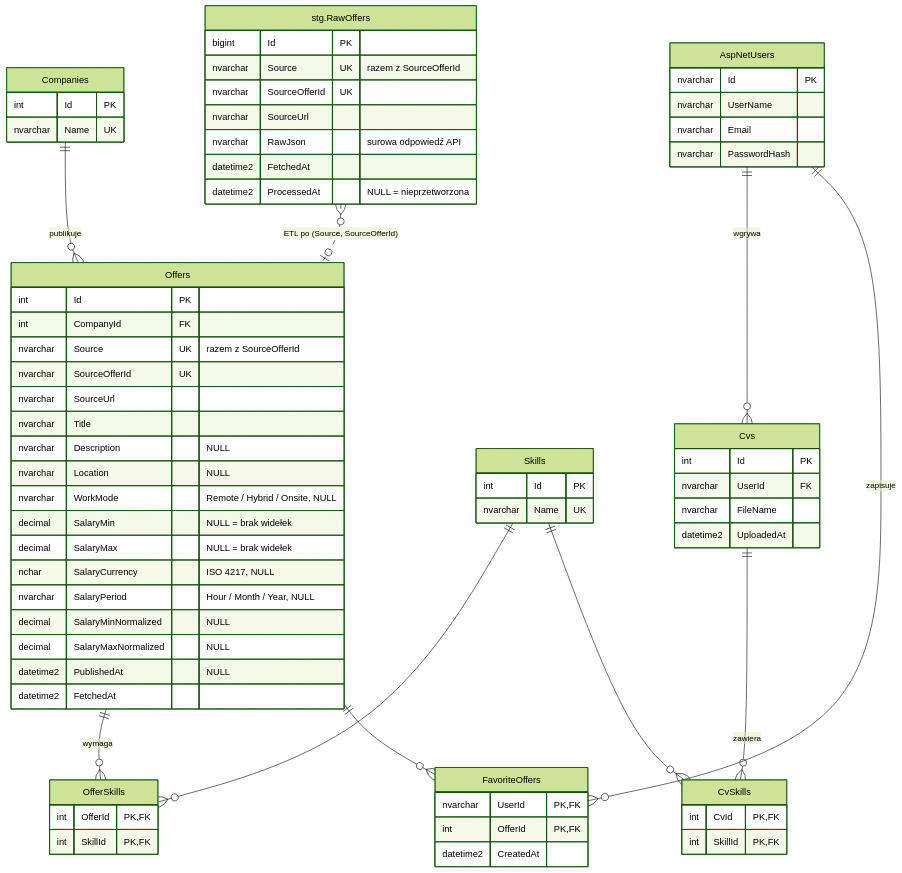
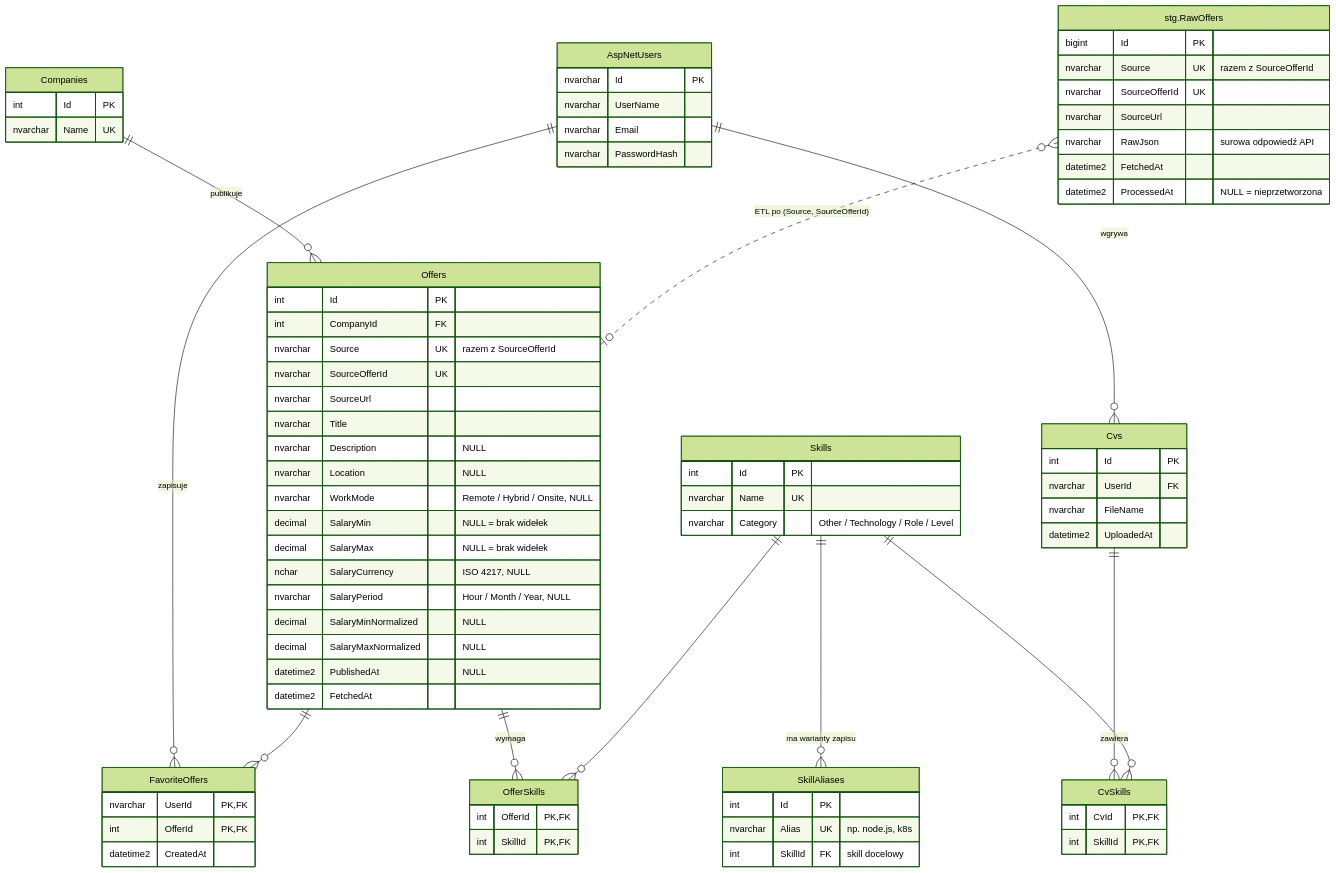
Before and after one commit to sushiimilk/Webowa-aplikacja-do-analizy-rynku-pracy-IT: the diagram in docs/schemat-bazy.md, drawn with Mermaid (forest theme). The commit also changed other lines of this file and 1 other file, not shown here.

````diff
--- a/docs/schemat-bazy.md
+++ b/docs/schemat-bazy.md
@@ -5,74 +5,81 @@
 ```mermaid
 erDiagram
     Companies ||--o{ Offers : "publikuje"
     Offers ||--o{ OfferSkills : "wymaga"
     Skills ||--o{ OfferSkills : ""
+    Skills ||--o{ SkillAliases : "ma warianty zapisu"
     AspNetUsers ||--o{ Cvs : "wgrywa"
     Cvs ||--o{ CvSkills : "zawiera"
     Skills ||--o{ CvSkills : ""
     AspNetUsers ||--o{ FavoriteOffers : "zapisuje"
     Offers ||--o{ FavoriteOffers : ""
     RawOffers }o..o| Offers : "ETL po (Source, SourceOfferId)"
 
     Companies {
         int Id PK
         nvarchar Name UK
     }
     Offers {
         int Id PK
         int CompanyId FK
         nvarchar Source UK "razem z SourceOfferId"
         nvarchar SourceOfferId UK
         nvarchar SourceUrl
         nvarchar Title
         nvarchar Description "NULL"
         nvarchar Location "NULL"
         nvarchar WorkMode "Remote / Hybrid / Onsite, NULL"
         decimal SalaryMin "NULL = brak widełek"
         decimal SalaryMax "NULL = brak widełek"
         nchar SalaryCurrency "ISO 4217, NULL"
         nvarchar SalaryPeriod "Hour / Month / Year, NULL"
         decimal SalaryMinNormalized "NULL"
         decimal SalaryMaxNormalized "NULL"
         datetime2 PublishedAt "NULL"
         datetime2 FetchedAt
     }
     Skills {
         int Id PK
         nvarchar Name UK
+        nvarchar Category "Other / Technology / Role / Level"
+    }
+    SkillAliases {
+        int Id PK
+        nvarchar Alias UK "np. node.js, k8s"
+        int SkillId FK "skill docelowy"
     }
     OfferSkills {
         int OfferId PK, FK
         int SkillId PK, FK
     }
     AspNetUsers {
         nvarchar Id PK
         nvarchar UserName
         nvarchar Email
         nvarchar PasswordHash
     }
     Cvs {
         int Id PK
         nvarchar UserId FK
         nvarchar FileName
         datetime2 UploadedAt
     }
     CvSkills {
         int CvId PK, FK
         int SkillId PK, FK
     }
     FavoriteOffers {
         nvarchar UserId PK, FK
         int OfferId PK, FK
         datetime2 CreatedAt
     }
     RawOffers["stg.RawOffers"] {
         bigint Id PK
         nvarchar Source UK "razem z SourceOfferId"
         nvarchar SourceOfferId UK
         nvarchar SourceUrl
         nvarchar RawJson "surowa odpowiedź API"
         datetime2 FetchedAt
         datetime2 ProcessedAt "NULL = nieprzetworzona"
     }
 ```
````
